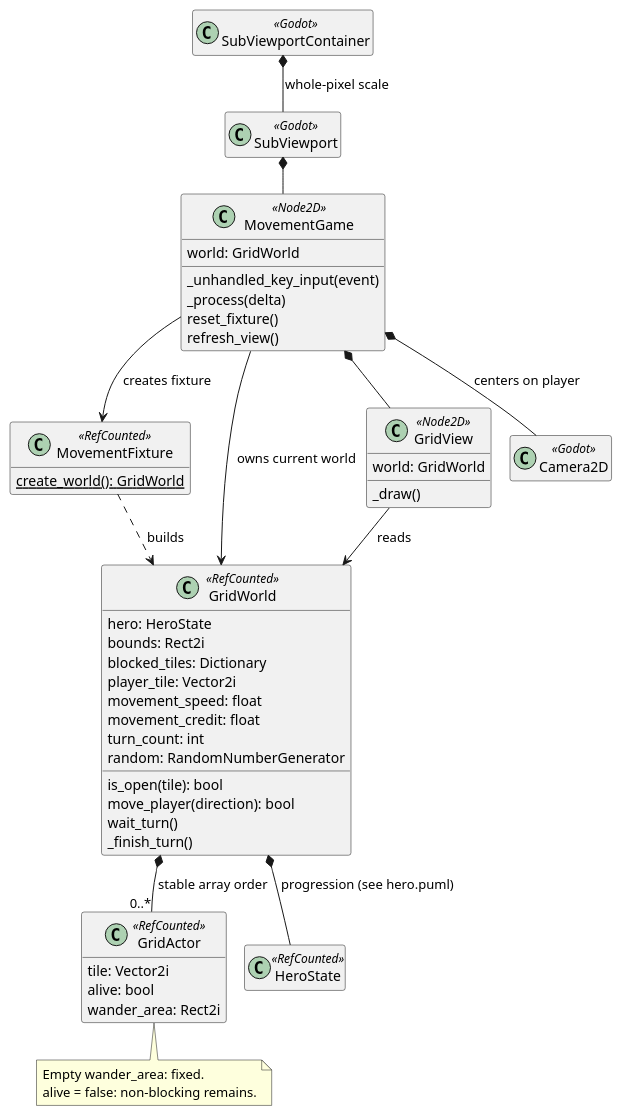
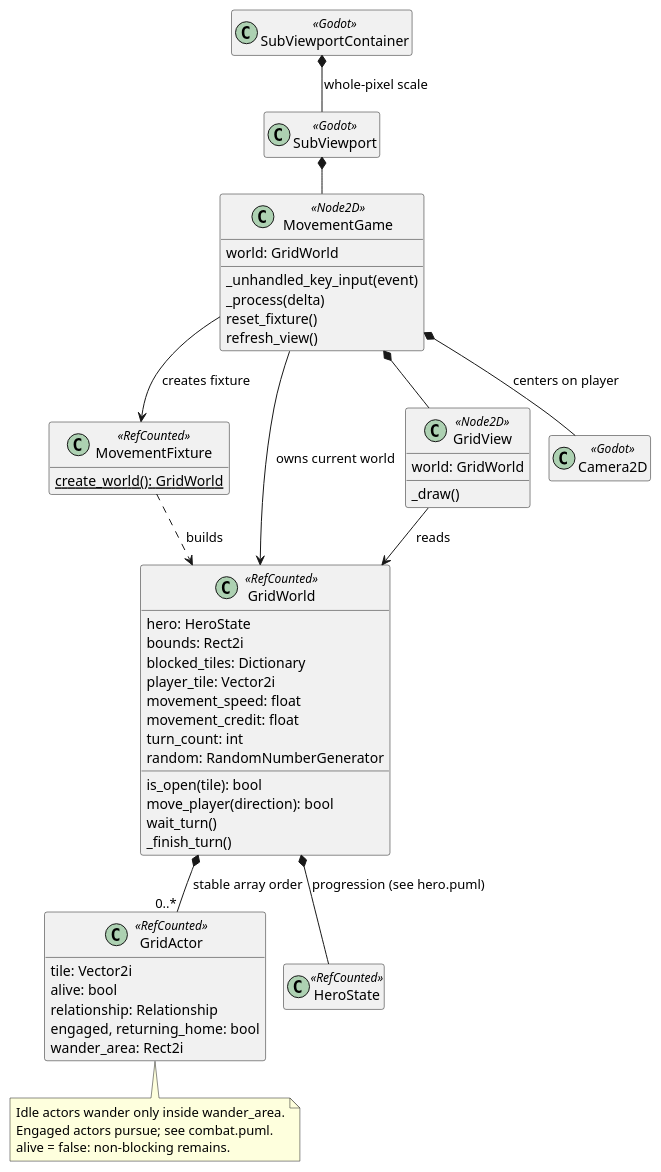
Before and after one commit to VHonzik/Ostinato: the diagram in docs/architecture/classes/movement.puml, drawn with PlantUML. The commit also changed 34 other files, not shown here.

```diff
--- a/docs/architecture/classes/movement.puml
+++ b/docs/architecture/classes/movement.puml
@@ -1,60 +1,63 @@
 @startuml
 !pragma layout smetana
 skinparam shadowing false
 skinparam classAttributeIconSize 0
 hide empty members
 
 class MovementGame <<Node2D>> {
   world: GridWorld
   _unhandled_key_input(event)
   _process(delta)
   reset_fixture()
   refresh_view()
 }
 class MovementFixture <<RefCounted>> {
   {static} create_world(): GridWorld
 }
 class GridWorld <<RefCounted>> {
   hero: HeroState
   bounds: Rect2i
   blocked_tiles: Dictionary
   player_tile: Vector2i
   movement_speed: float
   movement_credit: float
   turn_count: int
   random: RandomNumberGenerator
   is_open(tile): bool
   move_player(direction): bool
   wait_turn()
   _finish_turn()
 }
 class GridActor <<RefCounted>> {
   tile: Vector2i
   alive: bool
+  relationship: Relationship
+  engaged, returning_home: bool
   wander_area: Rect2i
 }
 class GridView <<Node2D>> {
   world: GridWorld
   _draw()
 }
 class HeroState <<RefCounted>>
 class Camera2D <<Godot>>
 class SubViewportContainer <<Godot>>
 class SubViewport <<Godot>>
 
 SubViewportContainer *-- SubViewport : whole-pixel scale
 SubViewport *-- MovementGame
 MovementGame --> MovementFixture : creates fixture
 MovementFixture ..> GridWorld : builds
 MovementGame *-- GridView
 MovementGame *-- Camera2D : centers on player
 MovementGame --> GridWorld : owns current world
 GridView --> GridWorld : reads
 GridWorld *-- HeroState : progression (see hero.puml)
 GridWorld *-- "0..*" GridActor : stable array order
 
 note bottom of GridActor
-Empty wander_area: fixed.
+Idle actors wander only inside wander_area.
+Engaged actors pursue; see combat.puml.
 alive = false: non-blocking remains.
 end note
 @enduml
```
